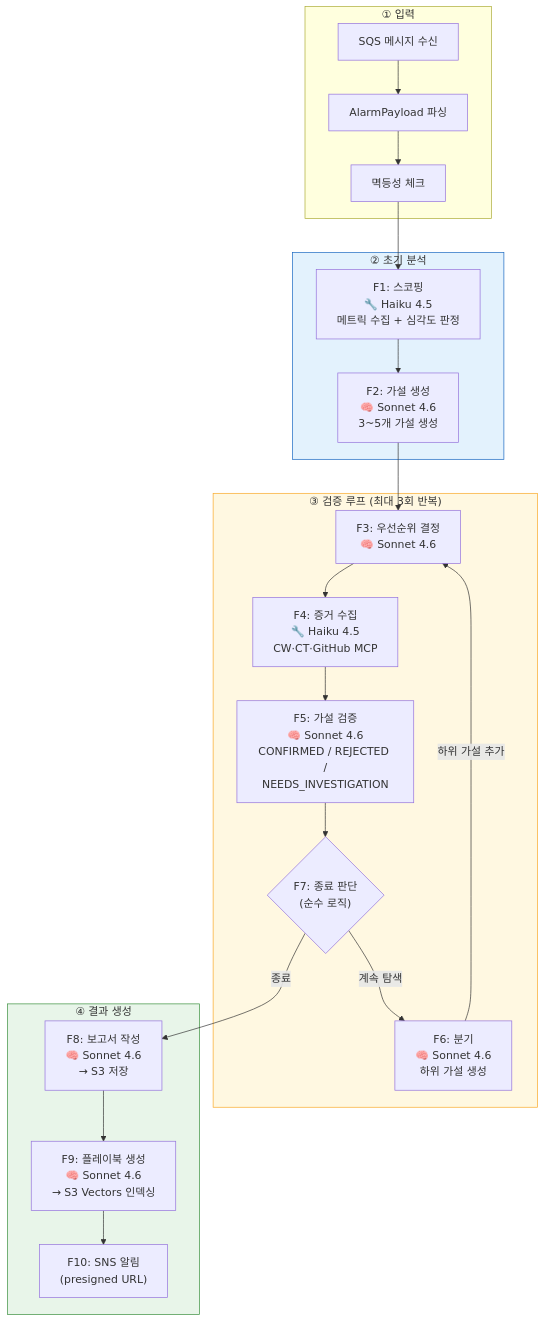
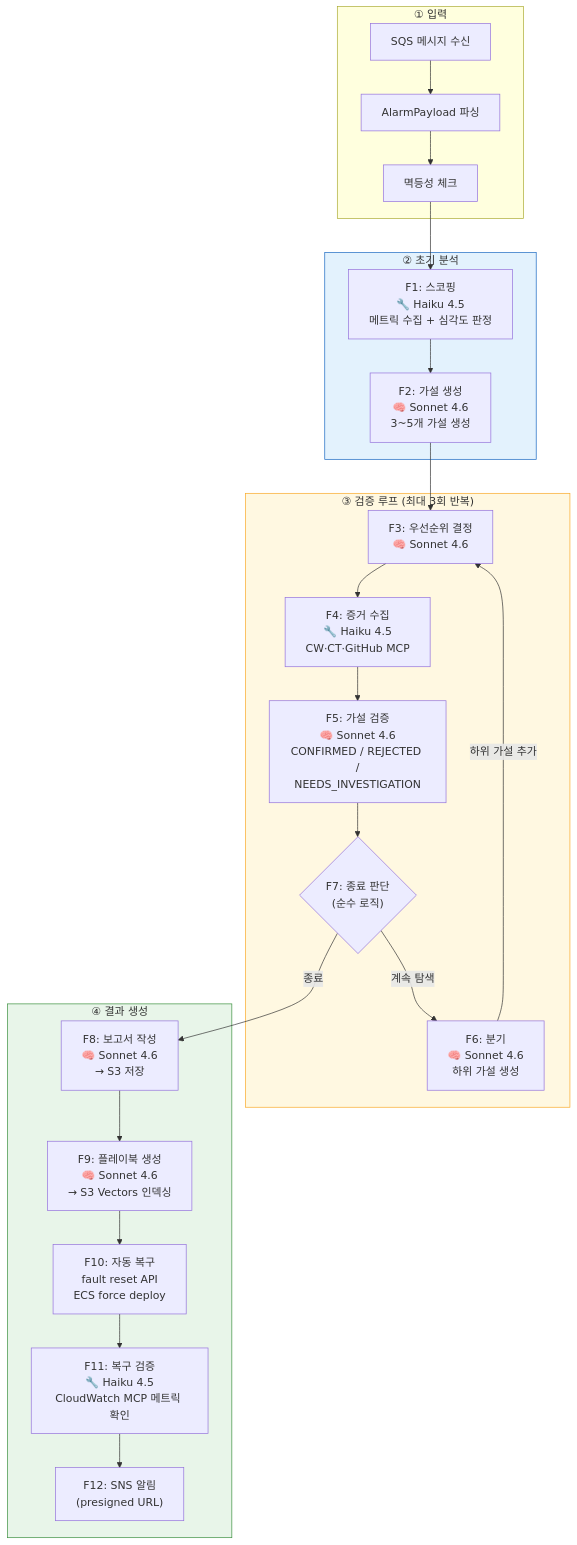
The sixth of 19 diagrams in docs/system-guide-for-ops.md (haandol/rca-agent), drawn with Mermaid before and after one commit. The commit also changed other lines of this file and 10 other files, not shown here.

````diff
--- a/docs/system-guide-for-ops.md
+++ b/docs/system-guide-for-ops.md
@@ -298,42 +298,44 @@
 ```mermaid
 flowchart TD
     subgraph Input["① 입력"]
         SQS["SQS 메시지 수신"]
         PARSE["AlarmPayload 파싱"]
         DEDUP["멱등성 체크"]
         SQS --> PARSE --> DEDUP
     end
 
     subgraph Phase1["② 초기 분석"]
         F1["F1: 스코핑<br/>🔧 Haiku 4.5<br/>메트릭 수집 + 심각도 판정"]
         F2["F2: 가설 생성<br/>🧠 Sonnet 4.6<br/>3~5개 가설 생성"]
     end
 
     subgraph Loop["③ 검증 루프 (최대 3회 반복)"]
         F3["F3: 우선순위 결정<br/>🧠 Sonnet 4.6"]
         F4["F4: 증거 수집<br/>🔧 Haiku 4.5<br/>CW·CT·GitHub MCP"]
         F5["F5: 가설 검증<br/>🧠 Sonnet 4.6<br/>CONFIRMED / REJECTED /<br/>NEEDS_INVESTIGATION"]
         F7{"F7: 종료 판단<br/>(순수 로직)"}
         F6["F6: 분기<br/>🧠 Sonnet 4.6<br/>하위 가설 생성"]
 
         F3 --> F4 --> F5 --> F7
         F7 -->|"계속 탐색"| F6
         F6 -->|"하위 가설 추가"| F3
     end
 
     subgraph Output["④ 결과 생성"]
         F8["F8: 보고서 작성<br/>🧠 Sonnet 4.6<br/>→ S3 저장"]
         F9["F9: 플레이북 생성<br/>🧠 Sonnet 4.6<br/>→ S3 Vectors 인덱싱"]
-        F10["F10: SNS 알림<br/>(presigned URL)"]
-        F8 --> F9 --> F10
+        F10["F10: 자동 복구<br/>fault reset API<br/>ECS force deploy"]
+        F11["F11: 복구 검증<br/>🔧 Haiku 4.5<br/>CloudWatch MCP 메트릭 확인"]
+        F12["F12: SNS 알림<br/>(presigned URL)"]
+        F8 --> F9 --> F10 --> F11 --> F12
     end
 
     DEDUP --> F1
     F1 --> F2
     F2 --> F3
     F7 -->|"종료"| F8
 
     style Phase1 fill:#e3f2fd,stroke:#1565c0
     style Loop fill:#fff8e1,stroke:#f9a825
     style Output fill:#e8f5e9,stroke:#388e3c
 ```
````
